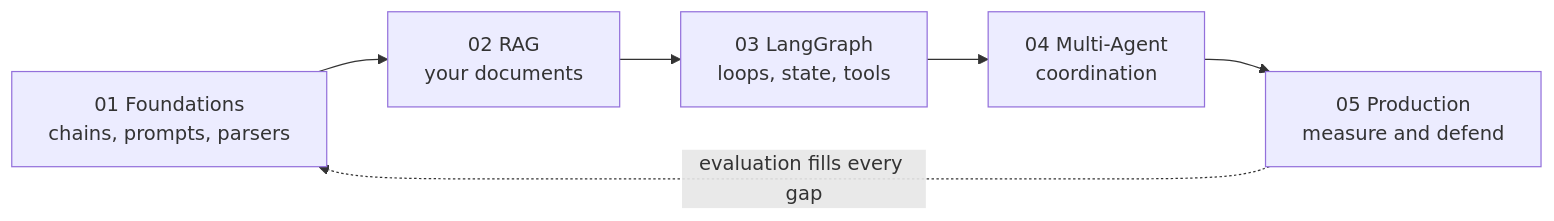
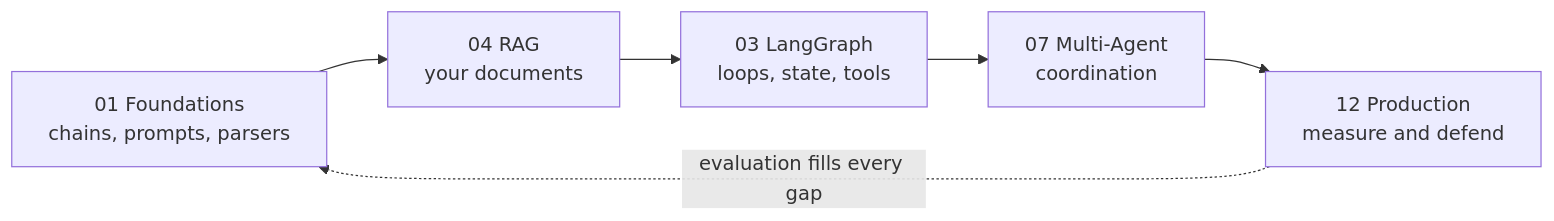
The diagram in tutorials/README.md (Sourav692/AI-ENGINEERING-DEMYSTIFIED), drawn with Mermaid before and after one commit. The commit also changed other lines of this file and 13 other files, not shown here.

````diff
--- a/tutorials/README.md
+++ b/tutorials/README.md
@@ -17,8 +19,8 @@
 ```mermaid
 flowchart LR
-  A["01 Foundations<br/>chains, prompts, parsers"] --> B["02 RAG<br/>your documents"]
+  A["01 Foundations<br/>chains, prompts, parsers"] --> B["04 RAG<br/>your documents"]
   B --> C["03 LangGraph<br/>loops, state, tools"]
-  C --> D["04 Multi-Agent<br/>coordination"]
-  D --> E["05 Production<br/>measure and defend"]
+  C --> D["07 Multi-Agent<br/>coordination"]
+  D --> E["12 Production<br/>measure and defend"]
   E -.->|"evaluation fills every gap"| A
 ```
````
